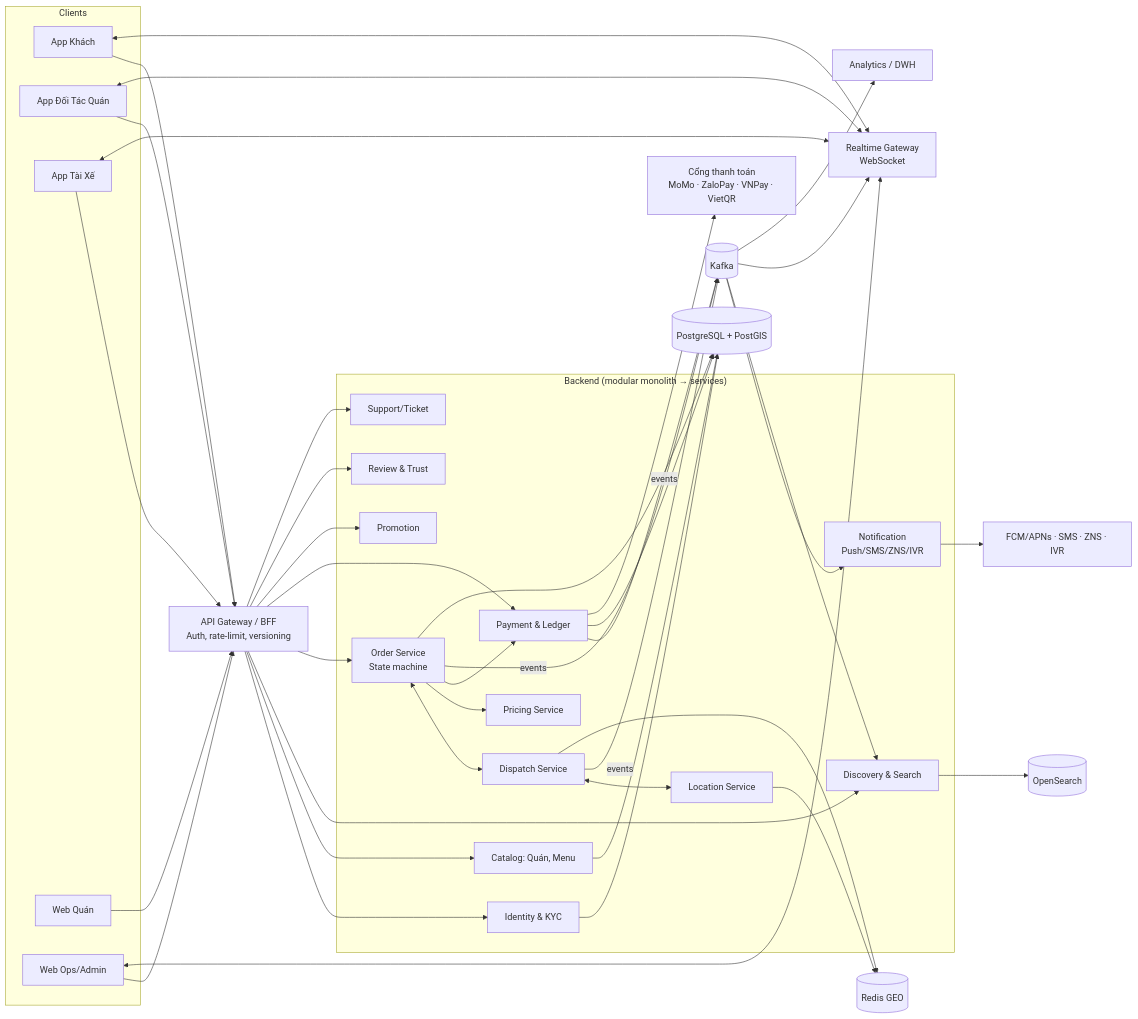
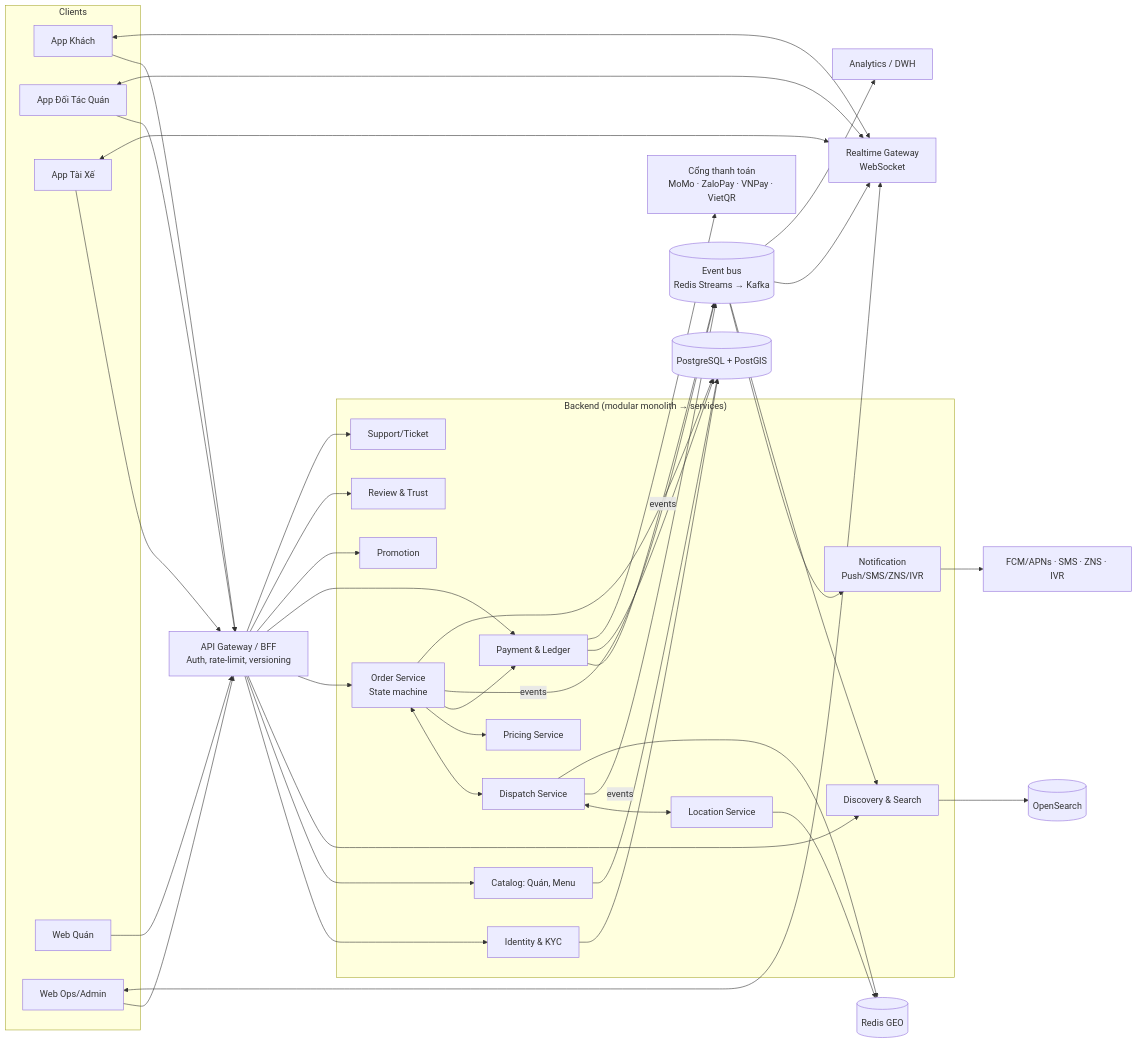
One commit to tuongspithue/tuongspithue changed the diagram in docs/05-kien-truc-ky-thuat.md. Above: the diagram before and after it, drawn with Mermaid. The commit also changed other lines of this file and 12 other files, not shown here.

````diff
--- a/docs/05-kien-truc-ky-thuat.md
+++ b/docs/05-kien-truc-ky-thuat.md
@@ -32,43 +33,43 @@
 ```mermaid
 flowchart LR
     subgraph Clients
       A1[App Khách]
       A2[App Đối Tác Quán]
       A3[App Tài Xế]
       W1[Web Quán]
       W2[Web Ops/Admin]
     end
 
     A1 & A2 & A3 & W1 & W2 --> GW[API Gateway / BFF<br/>Auth, rate-limit, versioning]
     A1 & A2 & A3 & W2 <--> RT[Realtime Gateway<br/>WebSocket]
 
     subgraph Core["Backend (modular monolith → services)"]
       ID[Identity & KYC]
       CAT[Catalog: Quán, Menu]
       DISC[Discovery & Search]
       ORD[Order Service<br/>State machine]
       DSP[Dispatch Service]
       LOC[Location Service]
       PRC[Pricing Service]
       PAY[Payment & Ledger]
       PRM[Promotion]
       NTF[Notification<br/>Push/SMS/ZNS/IVR]
       RVW[Review & Trust]
       SUP[Support/Ticket]
     end
 
     GW --> ID & CAT & DISC & ORD & PAY & PRM & RVW & SUP
     ORD <--> DSP
     DSP <--> LOC
     ORD --> PRC
     ORD --> PAY
 
-    ORD & DSP & PAY -- events --> BUS[(Kafka)]
+    ORD & DSP & PAY -- events --> BUS[(Event bus<br/>Redis Streams → Kafka)]
     BUS --> NTF & RT & DISC & AN[Analytics / DWH]
 
     ORD & PAY & CAT & ID --> PG[(PostgreSQL + PostGIS)]
     LOC & DSP --> RD[(Redis GEO)]
     DISC --> ES[(OpenSearch)]
     NTF --> EXT[FCM/APNs · SMS · ZNS · IVR]
     PAY --> PGW[Cổng thanh toán<br/>MoMo · ZaloPay · VNPay · VietQR]
 ```
````
